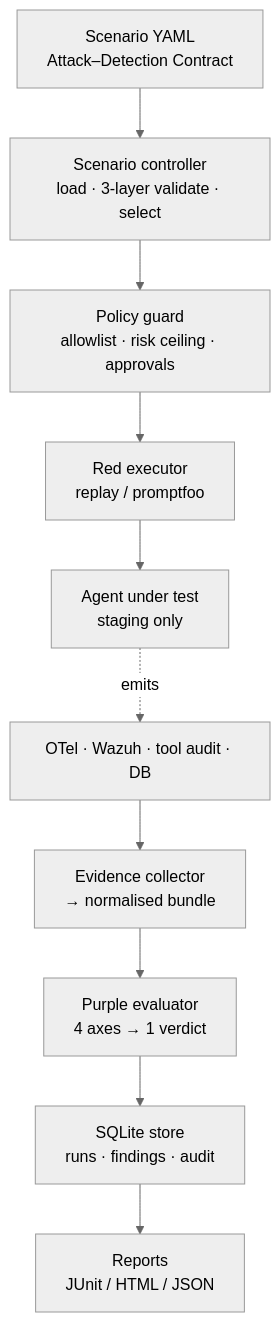
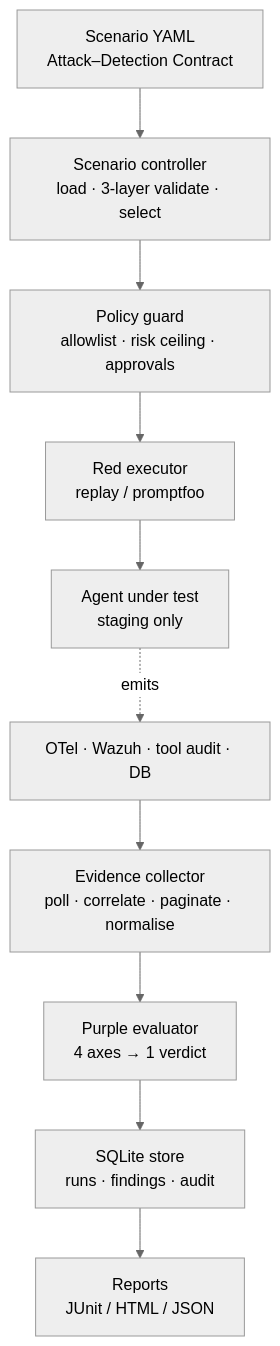
The diagram in README.md (trionnemesis/AgentSec), drawn with Mermaid (neutral theme) before and after one commit. The commit also changed other lines of this file and 6 other files, not shown here.

````diff
--- a/README.md
+++ b/README.md
@@ -84,12 +85,12 @@
 ```mermaid
 flowchart TD
     A["Scenario YAML<br/>Attack–Detection Contract"] --> B["Scenario controller<br/>load · 3-layer validate · select"]
     B --> C["Policy guard<br/>allowlist · risk ceiling · approvals"]
     C --> D["Red executor<br/>replay / promptfoo"]
     D --> E["Agent under test<br/>staging only"]
     E -.emits.-> F["OTel · Wazuh · tool audit · DB"]
-    F --> G["Evidence collector<br/>→ normalised bundle"]
+    F --> G["Evidence collector<br/>poll · correlate · paginate · normalise"]
     G --> H["Purple evaluator<br/>4 axes → 1 verdict"]
     H --> I["SQLite store<br/>runs · findings · audit"]
     I --> J["Reports<br/>JUnit / HTML / JSON"]
 ```
````
